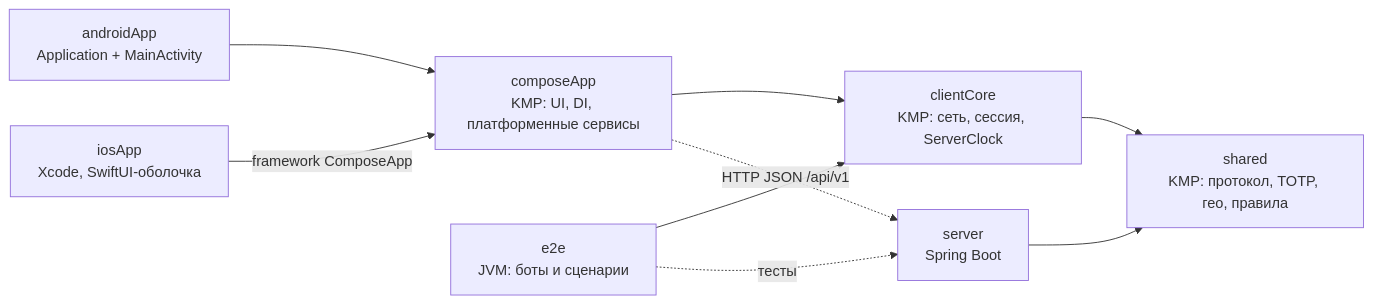
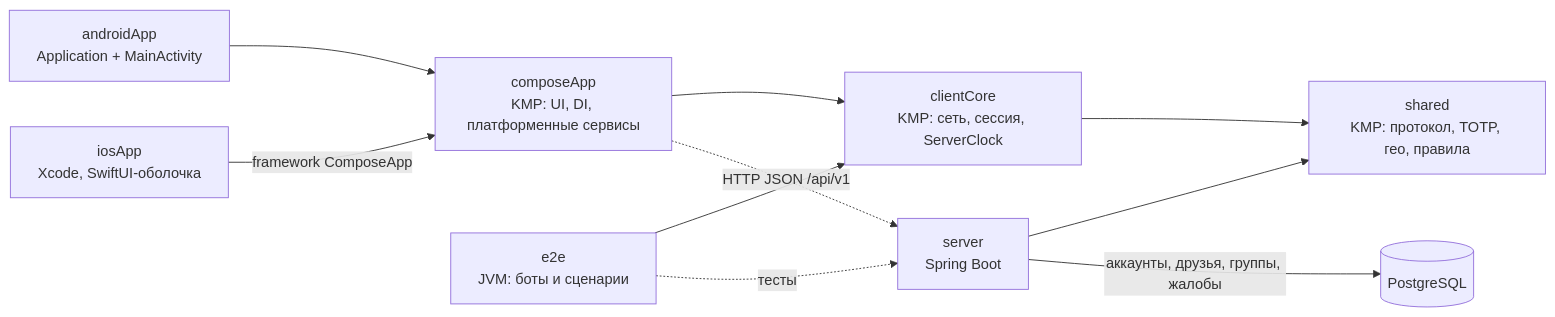
One commit to denysbohusevych/hovanki changed the first of 6 diagrams in docs/architecture.md. Above: the diagram before and after it, drawn with Mermaid. The commit also changed other lines of this file and 225 other files, not shown here.

````diff
--- a/docs/architecture.md
+++ b/docs/architecture.md
@@ -7,12 +7,13 @@
 ```mermaid
 flowchart LR
     androidApp["androidApp<br/>Application + MainActivity"] --> composeApp
     iosApp["iosApp<br/>Xcode, SwiftUI-оболочка"] -->|"framework ComposeApp"| composeApp
     composeApp["composeApp<br/>KMP: UI, DI, платформенные сервисы"] --> clientCore
     clientCore["clientCore<br/>KMP: сеть, сессия, ServerClock"] --> shared
     server["server<br/>Spring Boot"] --> shared
+    server -->|"аккаунты, друзья, группы, жалобы"| db[("PostgreSQL")]
     e2e["e2e<br/>JVM: боты и сценарии"] --> clientCore
     e2e -.->|"тесты"| server
     shared["shared<br/>KMP: протокол, TOTP, гео, правила"]
     composeApp -.->|"HTTP JSON /api/v1"| server
 ```
````
